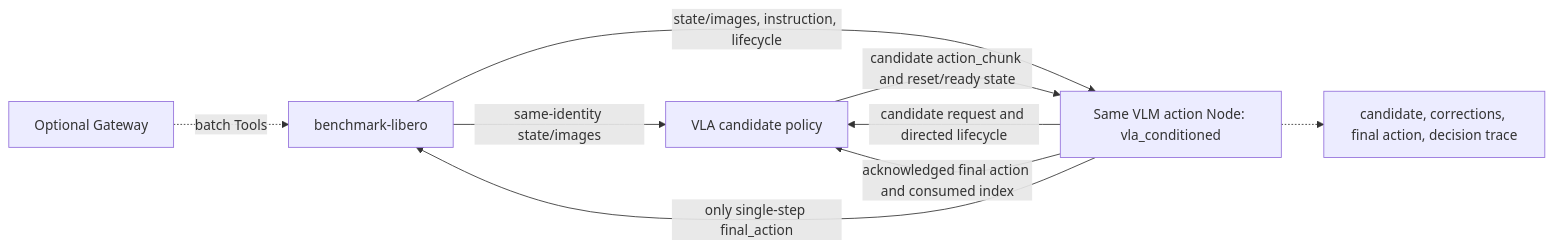
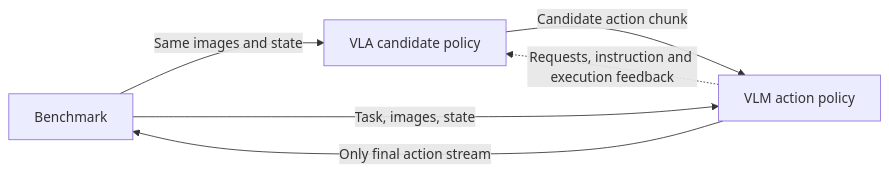
Before and after one commit to PhyAgentOS/operator-vlm-action-policy: the second of 2 diagrams in docs/DESIGN.md, drawn with Mermaid. The commit also changed other lines of this file and 5 other files, not shown here.

````diff
--- a/docs/DESIGN.md
+++ b/docs/DESIGN.md
@@ -235,11 +40,8 @@
 ```mermaid
 flowchart LR
-    benchmark["benchmark-libero"] -->|"same-identity state/images"| vla["VLA candidate policy"]
-    benchmark -->|"state/images, instruction, lifecycle"| vlm["Same VLM action Node: vla_conditioned"]
-    vlm -->|"candidate request and directed lifecycle"| vla
-    vla -->|"candidate action_chunk and reset/ready state"| vlm
-    vlm -->|"acknowledged final action and consumed index"| vla
-    vlm -->|"only single-step final_action"| benchmark
-    vlm -.-> trace["candidate, corrections, final action, decision trace"]
-    gateway["Optional Gateway"] -.->|"batch Tools"| benchmark
+    benchmark["Benchmark"] -->|"Same images and state"| vla["VLA candidate policy"]
+    benchmark -->|"Task, images, state"| vlm["VLM action policy"]
+    vla -->|"Candidate action chunk"| vlm
+    vlm -->|"Only final action stream"| benchmark
+    vlm -.->|"Requests, instruction and execution feedback"| vla
 ```
````
